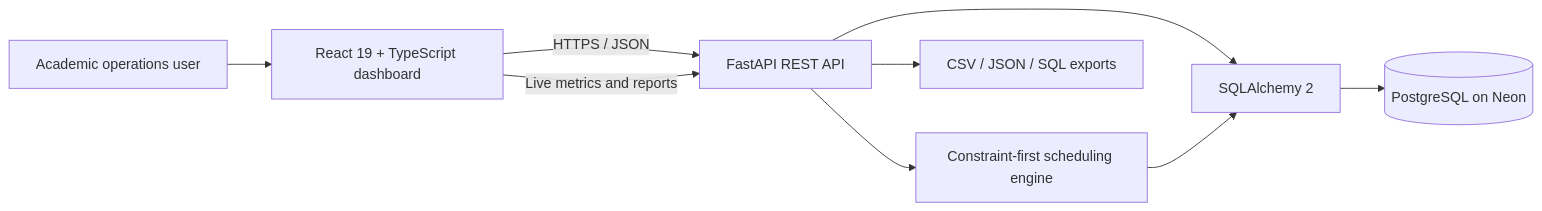
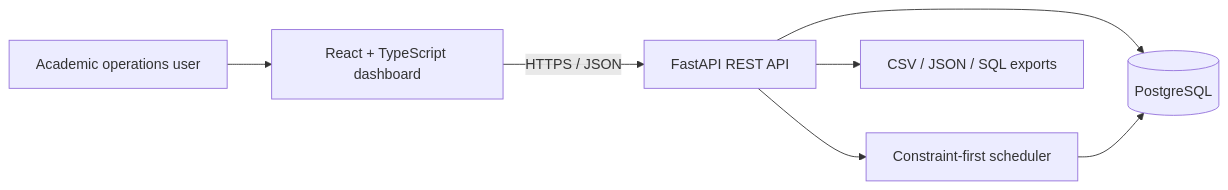
Before and after one commit to bunnybhuvan/ExamFlow: the diagram in README.md, drawn with Mermaid. The commit also changed other lines of this file and 1 other file, not shown here.

````diff
--- a/README.md
+++ b/README.md
@@ -80,11 +78,9 @@
-~~~mermaid
+```mermaid
 flowchart LR
-    U[Academic operations user] --> FE[React 19 + TypeScript dashboard]
+    U[Academic operations user] --> FE[React + TypeScript dashboard]
     FE -->|HTTPS / JSON| API[FastAPI REST API]
-    API --> ORM[SQLAlchemy 2]
-    ORM --> DB[(PostgreSQL on Neon)]
-    API --> S[Constraint-first scheduling engine]
-    S --> ORM
+    API --> S[Constraint-first scheduler]
+    API --> DB[(PostgreSQL)]
+    S --> DB
     API --> EX[CSV / JSON / SQL exports]
-    FE -->|Live metrics and reports| API
-~~~
+```
````
